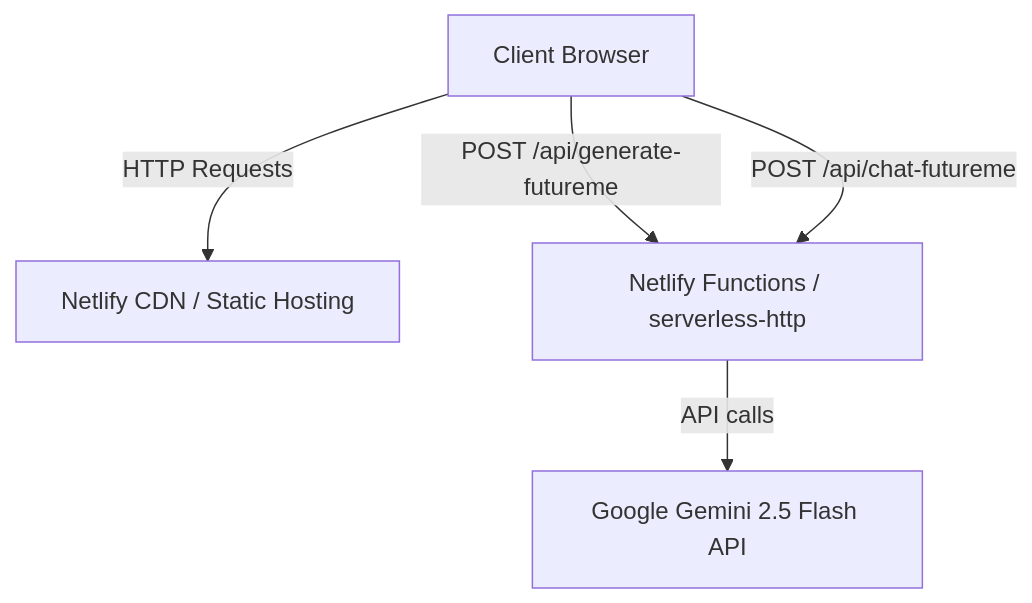
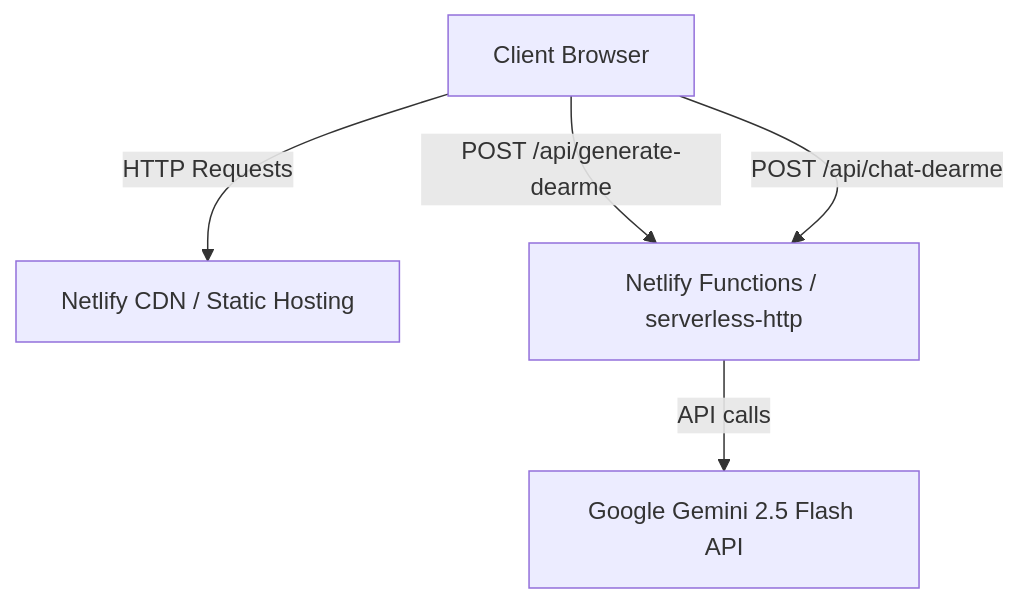
Before and after one commit to AnshuArelly/dearme: the first of 3 diagrams in TECHNICAL_DOCUMENTATION.md, drawn with Mermaid. The commit also changed other lines of this file and 7 other files, not shown here.

````diff
--- a/TECHNICAL_DOCUMENTATION.md
+++ b/TECHNICAL_DOCUMENTATION.md
@@ -11,7 +11,7 @@
 ```mermaid
 graph TD
     A[Client Browser] -->|HTTP Requests| B[Netlify CDN / Static Hosting]
-    A -->|POST /api/generate-futureme| C[Netlify Functions / serverless-http]
-    A -->|POST /api/chat-futureme| C
+    A -->|POST /api/generate-dearme| C[Netlify Functions / serverless-http]
+    A -->|POST /api/chat-dearme| C
     C -->|API calls| D[Google Gemini 2.5 Flash API]
 ```
````
